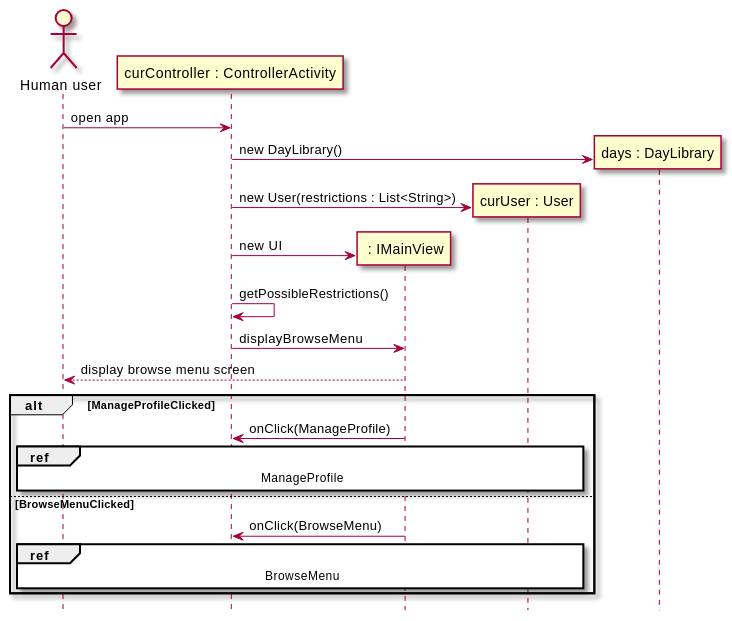
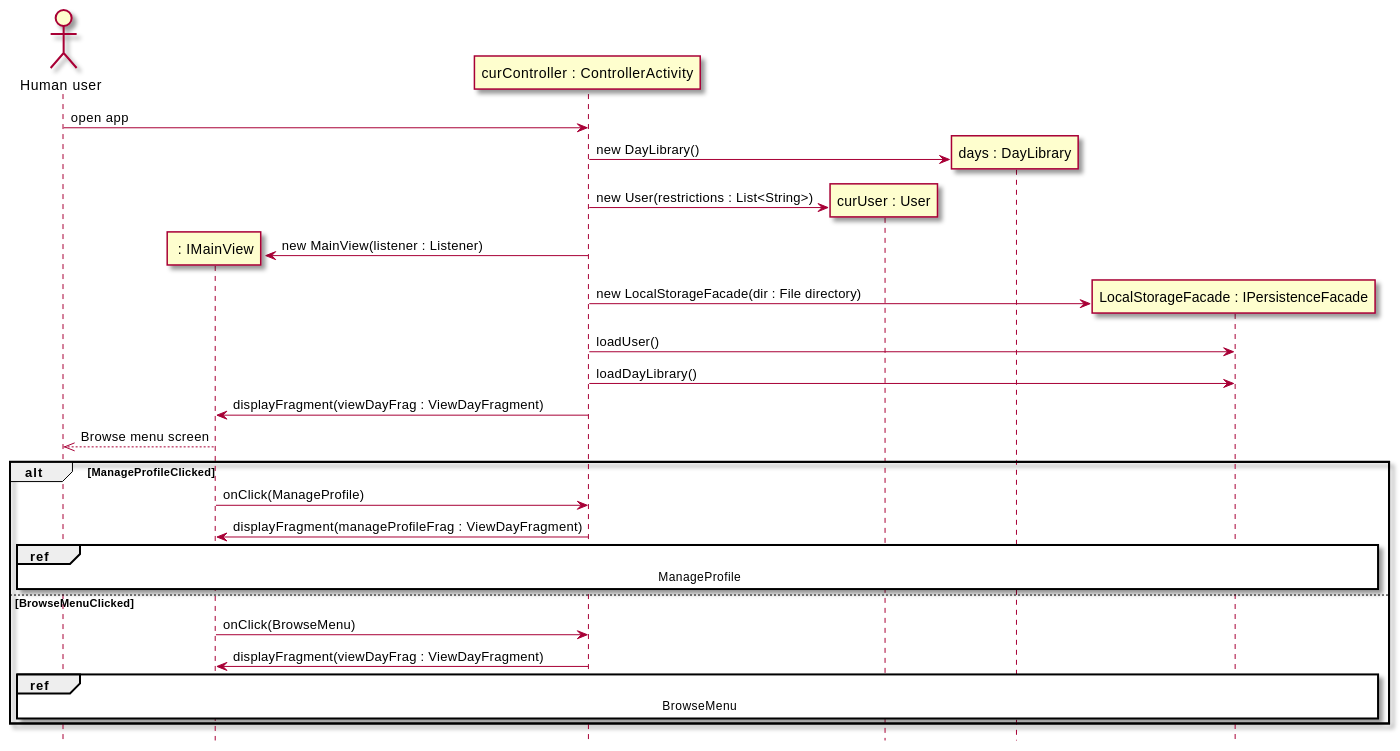
The fifth of 7 diagrams in intellij/doc/design.md (sashap100/Vassar-Dining-App), drawn with PlantUML before and after one commit. The commit also changed other lines of this file and 2 other files, not shown here.

````diff
--- a/intellij/doc/design.md
+++ b/intellij/doc/design.md
@@ -257,30 +292,36 @@
 ```plantuml
 @startuml
 skin rose
 hide footbox
 
 actor "Human user" as human
+participant " : IMainView" as ui
+
 participant "curController : ControllerActivity" as controller
-participant " : IMainView" as ui
 participant "curUser : User" as user
 participant "days : DayLibrary" as days
+participant "LocalStorageFacade : IPersistenceFacade" as persistence
 
 human -> controller : open app
 controller -> days **: new DayLibrary()
 controller -> user **: new User(restrictions : List<String>)
-controller -> ui **: new UI
-controller -> controller : getPossibleRestrictions()
-controller -> ui : displayBrowseMenu
-ui --> human : display browse menu screen
+controller -> ui **: new MainView(listener : Listener)
+controller -> persistence **: new LocalStorageFacade(dir : File directory)
+controller -> persistence : loadUser()
+controller -> persistence : loadDayLibrary()
+controller -> ui : displayFragment(viewDayFrag : ViewDayFragment)
+ui -->> human : Browse menu screen
 alt ManageProfileClicked
     ui -> controller : onClick(ManageProfile)
-    ref over human,controller,ui,user
+    controller -> ui : displayFragment(manageProfileFrag : ViewDayFragment)
+    ref over human,controller,ui,user,persistence
     ManageProfile
     end ref
 else BrowseMenuClicked
     ui -> controller : onClick(BrowseMenu)
-    ref over human,controller,ui,user
+    controller -> ui : displayFragment(viewDayFrag : ViewDayFragment)
+    ref over human,controller,ui,user,persistence
     BrowseMenu
     end ref
 end
 ```
````
